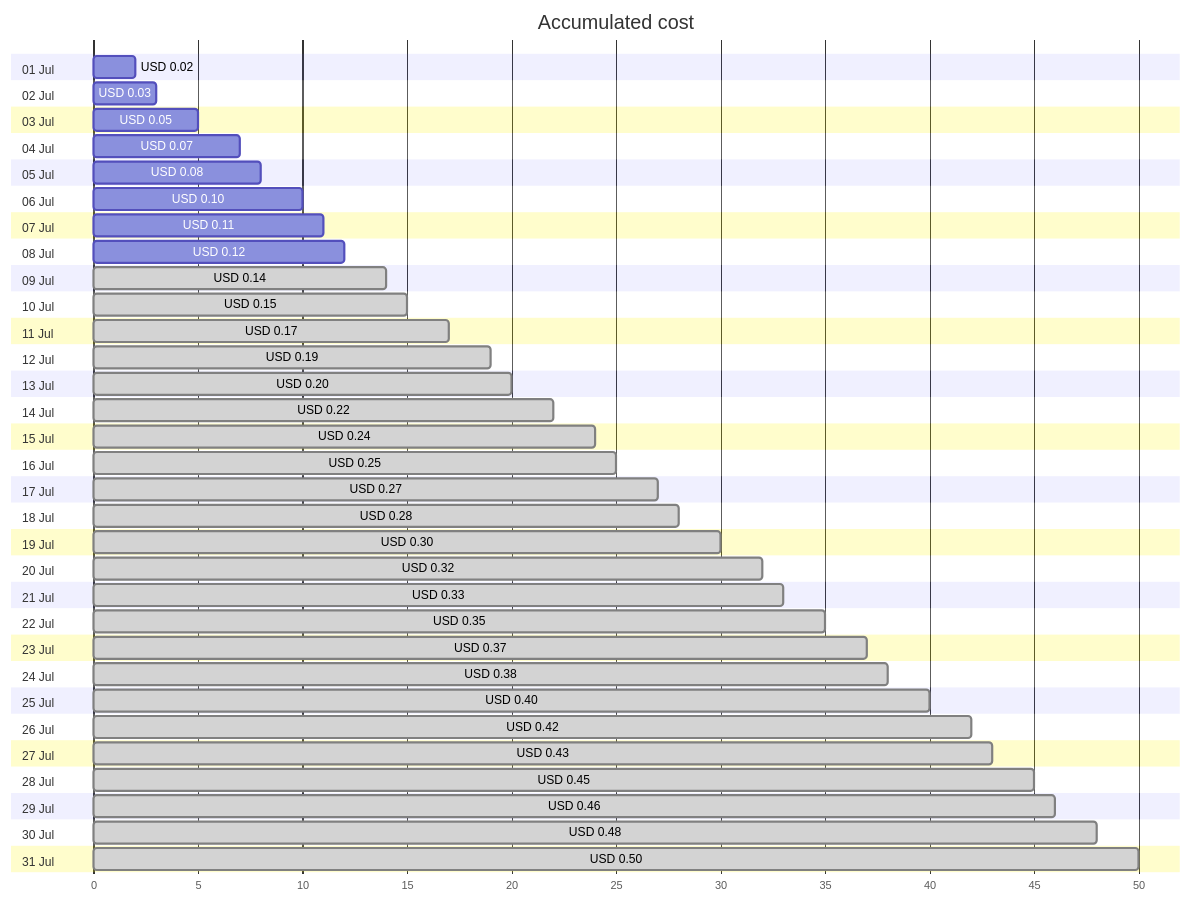
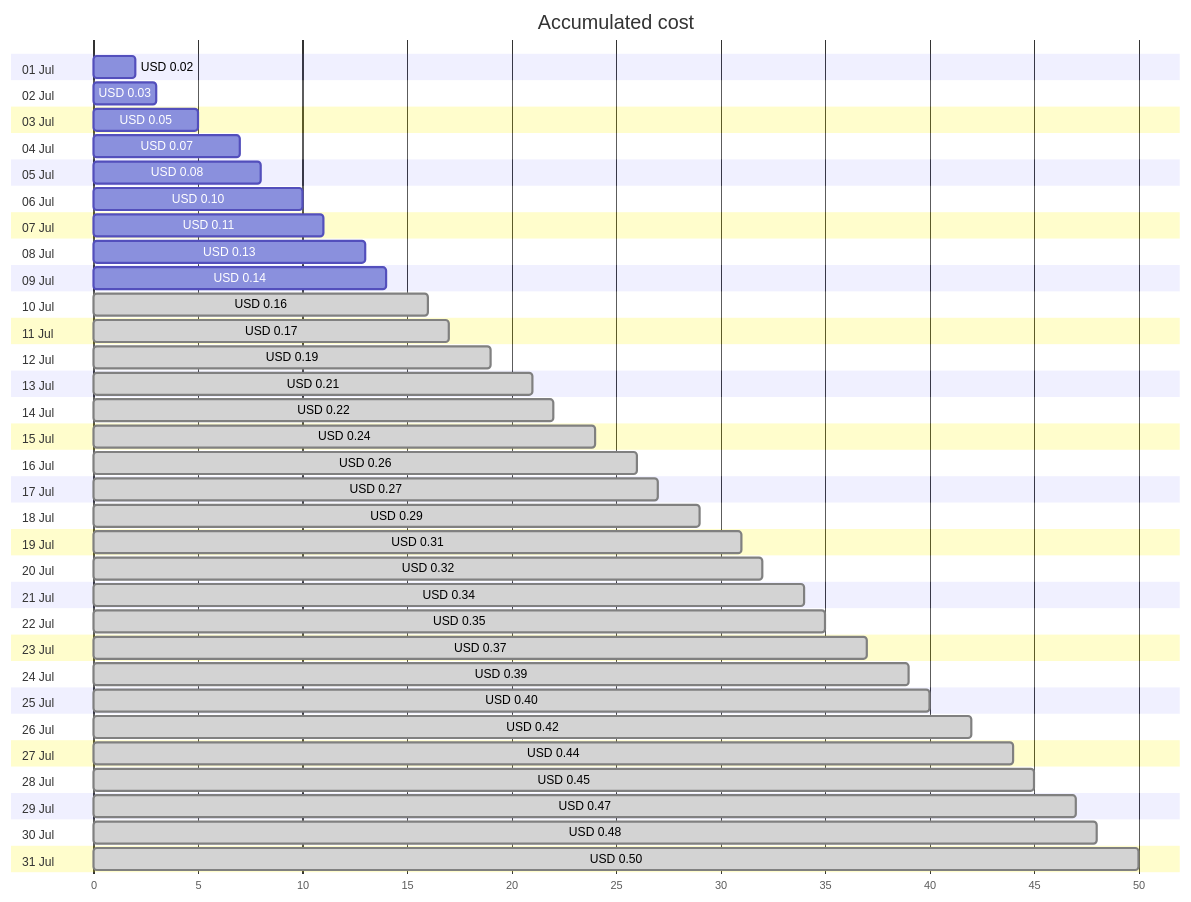
Before and after one commit to jpfulton/azure-personal-reports: the first of 4 diagrams in cost-reports/personal-dns/jpatrickfulton.com.md, drawn with Mermaid. The commit also changed other lines of this file and 2 other files, not shown here.

Commit message:
Generated reports [skip ci]

````diff
--- a/cost-reports/personal-dns/jpatrickfulton.com.md
+++ b/cost-reports/personal-dns/jpatrickfulton.com.md
@@ -20,68 +20,68 @@
 ```mermaid
 gantt
    title Accumulated cost
    dateFormat  X
    axisFormat %s
    section 01 Jul
    USD 0.02 :0, 2
    section 02 Jul
    USD 0.03 :0, 3
    section 03 Jul
    USD 0.05 :0, 5
    section 04 Jul
    USD 0.07 :0, 7
    section 05 Jul
    USD 0.08 :0, 8
    section 06 Jul
    USD 0.10 :0, 10
    section 07 Jul
    USD 0.11 :0, 11
    section 08 Jul
-   USD 0.12 :0, 12
+   USD 0.13 :0, 13
    section 09 Jul
-   USD 0.14 : done, 0, 14
+   USD 0.14 :0, 14
    section 10 Jul
-   USD 0.15 : done, 0, 15
+   USD 0.16 : done, 0, 16
    section 11 Jul
    USD 0.17 : done, 0, 17
    section 12 Jul
    USD 0.19 : done, 0, 19
    section 13 Jul
-   USD 0.20 : done, 0, 20
+   USD 0.21 : done, 0, 21
    section 14 Jul
    USD 0.22 : done, 0, 22
    section 15 Jul
    USD 0.24 : done, 0, 24
    section 16 Jul
-   USD 0.25 : done, 0, 25
+   USD 0.26 : done, 0, 26
    section 17 Jul
    USD 0.27 : done, 0, 27
    section 18 Jul
-   USD 0.28 : done, 0, 28
+   USD 0.29 : done, 0, 29
    section 19 Jul
-   USD 0.30 : done, 0, 30
+   USD 0.31 : done, 0, 31
    section 20 Jul
    USD 0.32 : done, 0, 32
    section 21 Jul
-   USD 0.33 : done, 0, 33
+   USD 0.34 : done, 0, 34
    section 22 Jul
    USD 0.35 : done, 0, 35
    section 23 Jul
    USD 0.37 : done, 0, 37
    section 24 Jul
-   USD 0.38 : done, 0, 38
+   USD 0.39 : done, 0, 39
    section 25 Jul
    USD 0.40 : done, 0, 40
    section 26 Jul
    USD 0.42 : done, 0, 42
    section 27 Jul
-   USD 0.43 : done, 0, 43
+   USD 0.44 : done, 0, 44
    section 28 Jul
    USD 0.45 : done, 0, 45
    section 29 Jul
-   USD 0.46 : done, 0, 46
+   USD 0.47 : done, 0, 47
    section 30 Jul
    USD 0.48 : done, 0, 48
    section 31 Jul
    USD 0.50 : done, 0, 50
 ```
````
